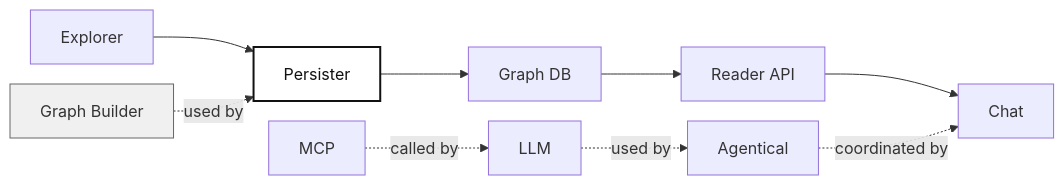
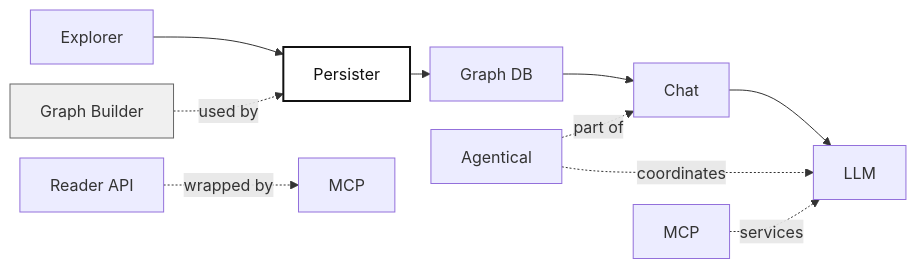
One commit to beanone/graph_persister changed the diagram in README.md. Above: the diagram before and after it, drawn with Mermaid.

````diff
--- a/README.md
+++ b/README.md
@@ -11,16 +11,19 @@
 ```mermaid
 %%{init: {'flowchart': {'nodeSpacing': 20, 'rankSpacing': 20}} }%%
 flowchart LR
     A[Explorer] --> B[Persister]
     B --> C[Graph DB]
-    C --> D[Reader API]
-    D --> T[Chat]
+    C --> T[Chat]
+    T --> L[LLM]
 
     G[Graph Builder] -.->|used by| B
-    F[Agentical] -.->|coordinated by| T
-    L[LLM] -.->|used by| F
-    E[MCP] -.->|called by| L
+    F[Agentical] -.->|part of| T
+    F -.->|coordinates| L
+    E[MCP] -.->|services| L
+    D[Reader API] -.->|wrapped by| MCP
+    
+    
 
     style B fill:#fff,stroke:#111,stroke-width:2px,color:#111
     style G fill:#f0f0f0,stroke:#666,stroke-width:1px,color:#333
 ```
````
